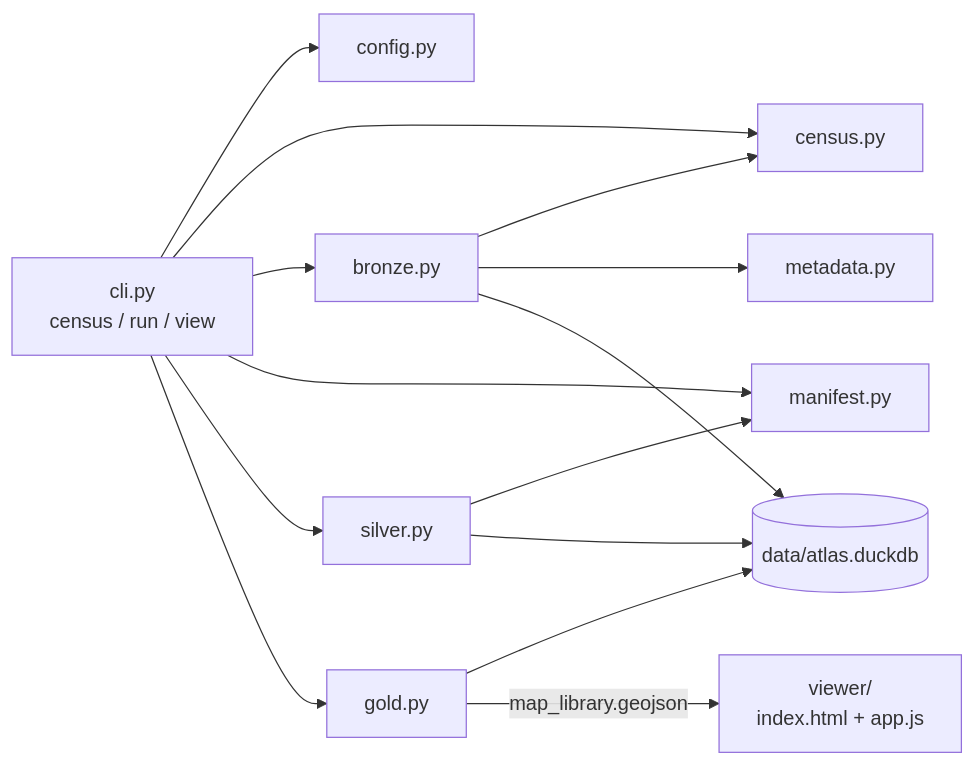
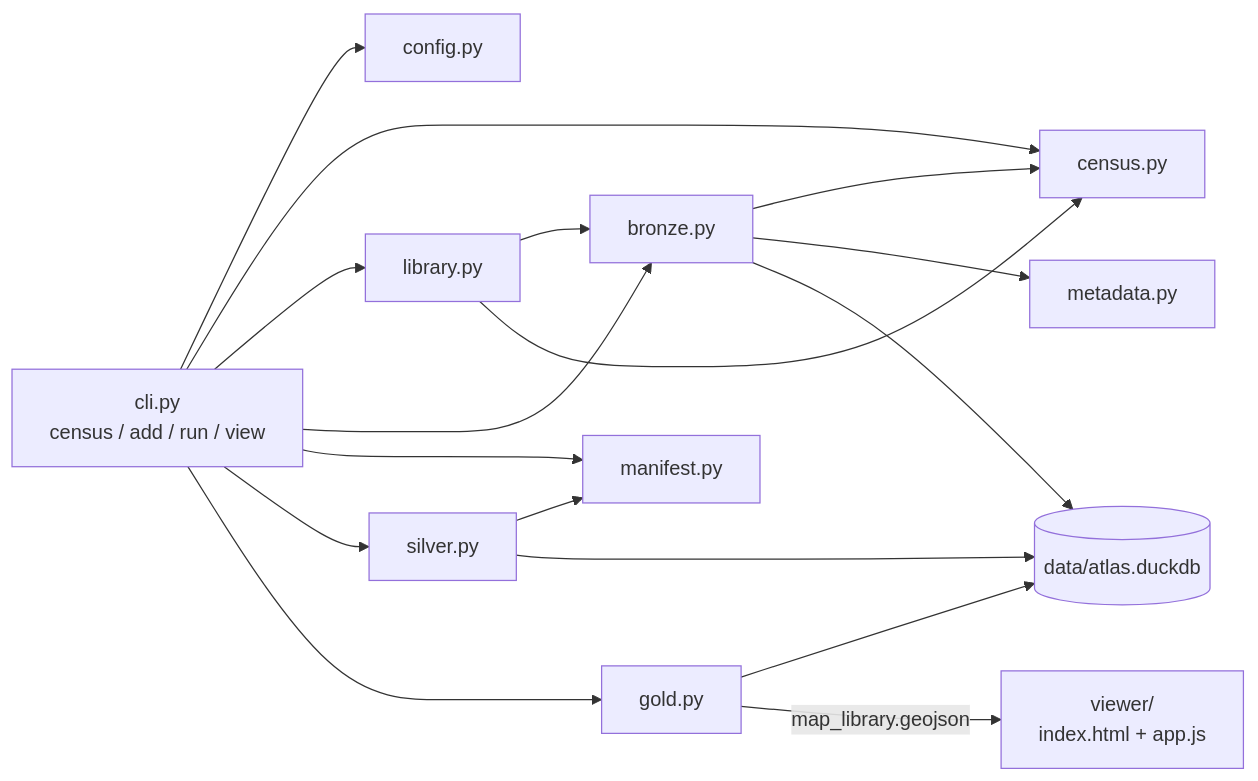
One commit to bjjahnke/map-library-atlas changed the diagram in docs/DEVELOPER.md. Above: the diagram before and after it, drawn with Mermaid. The commit also changed other lines of this file and 13 other files, not shown here.

````diff
--- a/docs/DEVELOPER.md
+++ b/docs/DEVELOPER.md
@@ -37,27 +37,31 @@
 ```mermaid
 flowchart LR
-    cli["cli.py<br/>census / run / view"]
+    cli["cli.py<br/>census / add / run / view"]
     config["config.py"]
     census["census.py"]
+    library["library.py"]
     bronze["bronze.py"]
     metadata["metadata.py"]
     manifest["manifest.py"]
     silver["silver.py"]
     gold["gold.py"]
     viewer["viewer/<br/>index.html + app.js"]
     db[("data/atlas.duckdb")]
 
     cli --> config
     cli --> census
+    cli --> library
     cli --> bronze
+    library --> bronze
+    library --> census
     cli --> manifest
     cli --> silver
     cli --> gold
     bronze --> census
     bronze --> metadata
     silver --> manifest
     bronze --> db
     silver --> db
     gold --> db
     gold -->|"map_library.geojson"| viewer
 ```
````
